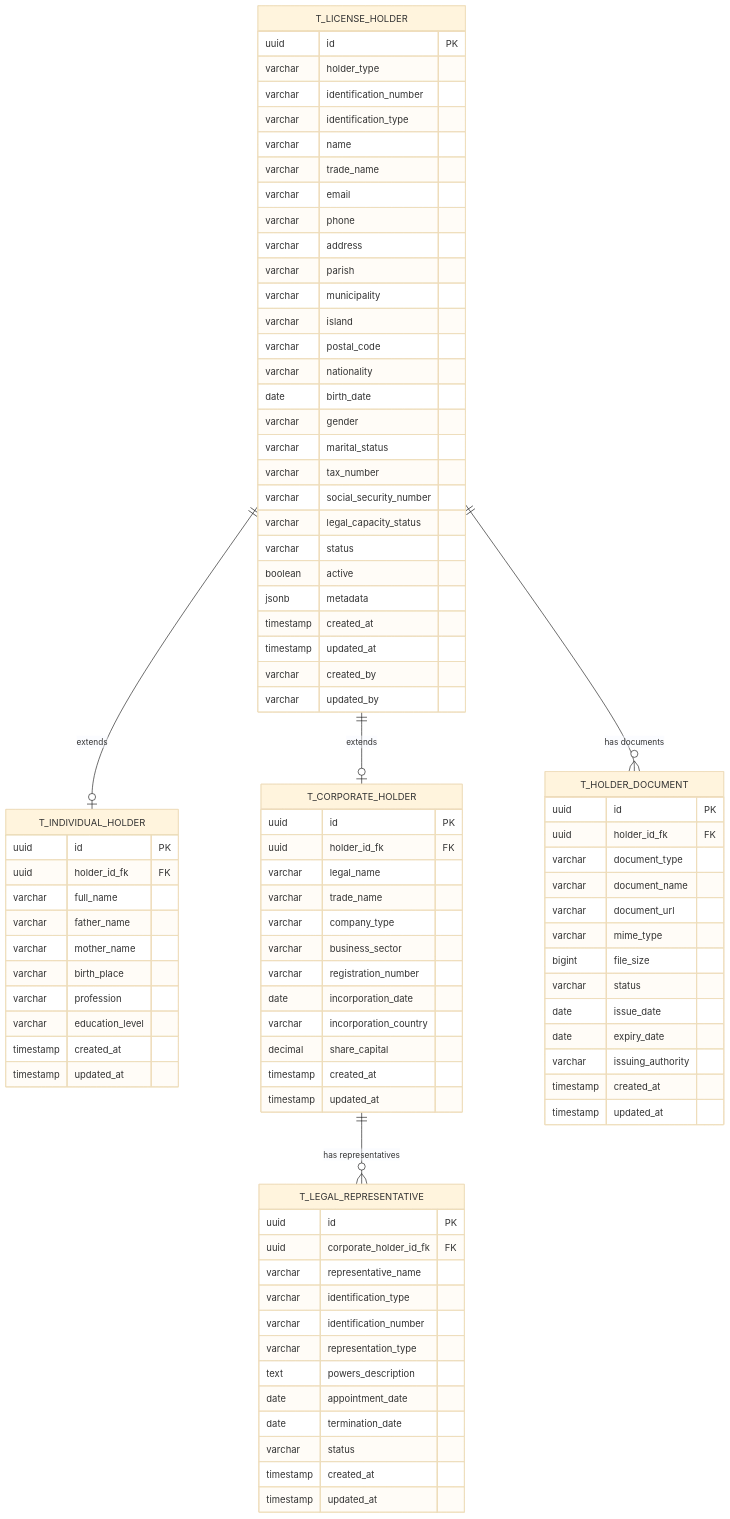
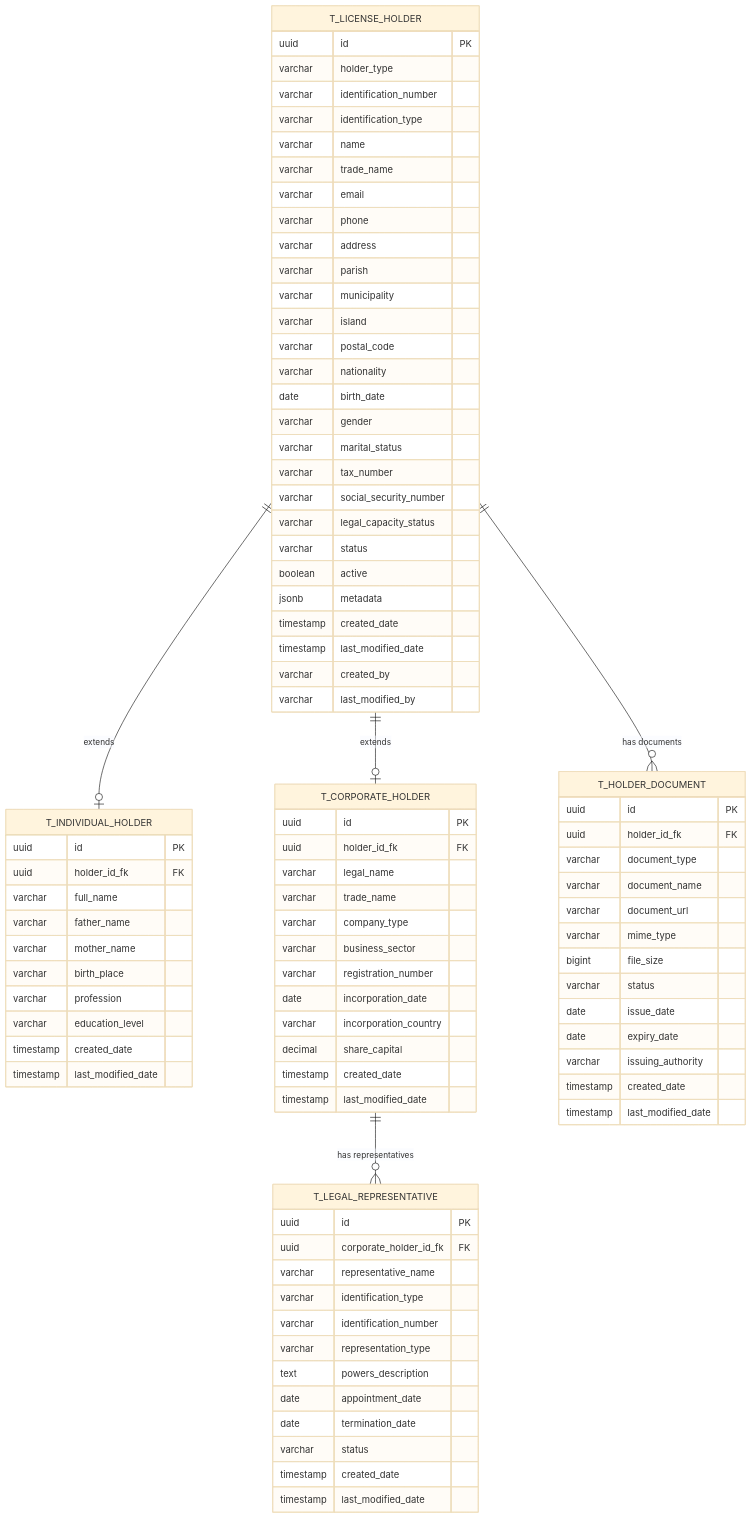
Before and after one commit to TA-Digital-CV/licenciamento-backend: the diagram in .trae/documents/PR02.02-BE-LIC-Gestao-Titulares-Licenca.md, drawn with Mermaid (base theme). The commit also changed other lines of this file and 16 other files, not shown here.

First line of the commit message:
refactor(database): standardize timestamp column names to created_date and last_modified_date

```diff
--- a/.trae/documents/PR02.02-BE-LIC-Gestao-Titulares-Licenca.md
+++ b/.trae/documents/PR02.02-BE-LIC-Gestao-Titulares-Licenca.md
@@ -48,10 +48,10 @@
         varchar status
         boolean active
         jsonb metadata
-        timestamp created_at
-        timestamp updated_at
+        timestamp created_date
+        timestamp last_modified_date
         varchar created_by
-        varchar updated_by
+        varchar last_modified_by
     }
 
     T_INDIVIDUAL_HOLDER {
@@ -63,8 +63,8 @@
         varchar birth_place
         varchar profession
         varchar education_level
-        timestamp created_at
-        timestamp updated_at
+        timestamp created_date
+        timestamp last_modified_date
     }
 
     T_CORPORATE_HOLDER {
@@ -78,8 +78,8 @@
         date incorporation_date
         varchar incorporation_country
         decimal share_capital
-        timestamp created_at
-        timestamp updated_at
+        timestamp created_date
+        timestamp last_modified_date
     }
 
     T_LEGAL_REPRESENTATIVE {
@@ -93,8 +93,8 @@
         date appointment_date
         date termination_date
         varchar status
-        timestamp created_at
-        timestamp updated_at
+        timestamp created_date
+        timestamp last_modified_date
     }
 
     T_HOLDER_DOCUMENT {
@@ -109,8 +109,8 @@
         date issue_date
         date expiry_date
         varchar issuing_authority
-        timestamp created_at
-        timestamp updated_at
+        timestamp created_date
+        timestamp last_modified_date
     }
 
     T_LICENSE_HOLDER ||--o| T_INDIVIDUAL_HOLDER : "extends"
```
